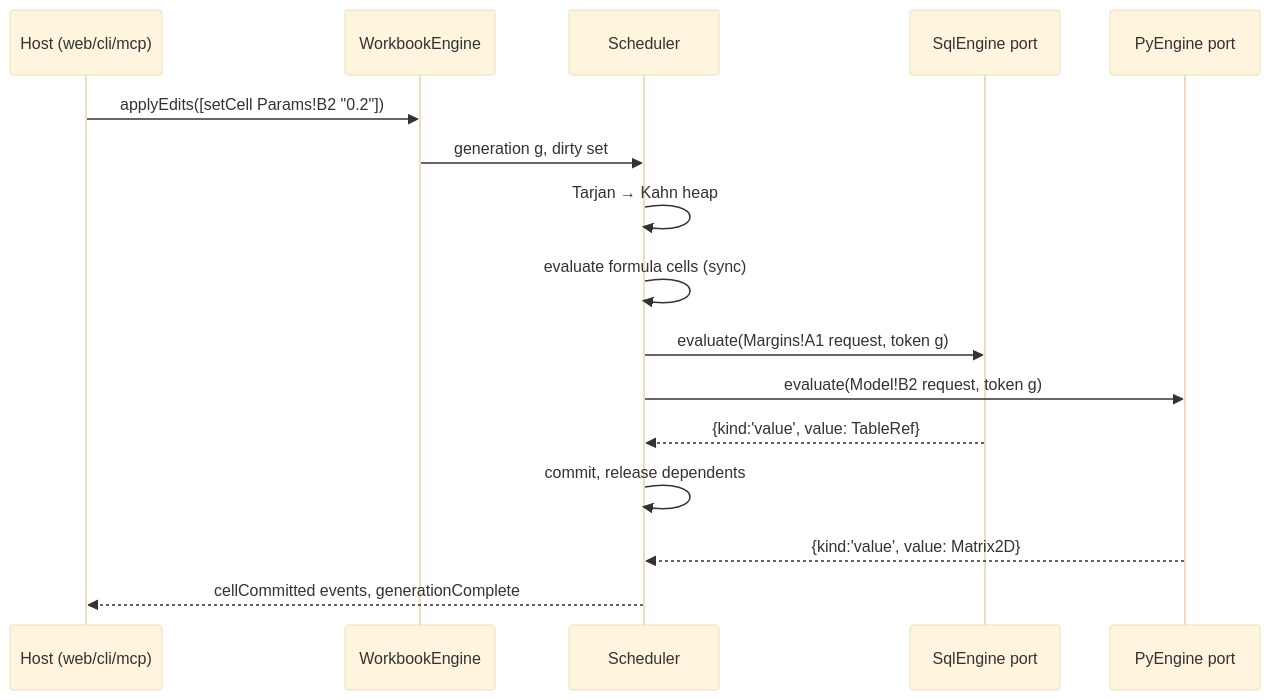
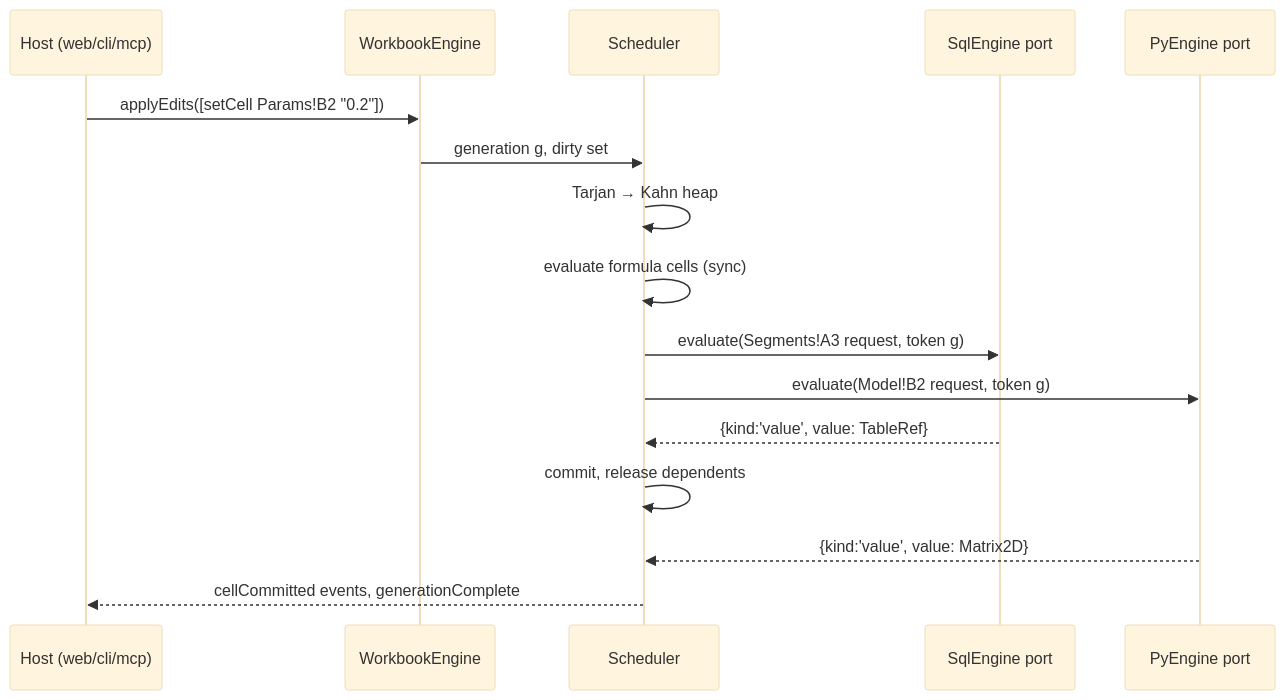
One commit to g4stein/SUTURE changed the fourth of 4 diagrams in .kiro/specs/01-cross-engine-dag/design.md. Above: the diagram before and after it, drawn with Mermaid (base theme). The commit also changed other lines of this file and 10 other files, not shown here.

````diff
--- a/.kiro/specs/01-cross-engine-dag/design.md
+++ b/.kiro/specs/01-cross-engine-dag/design.md
@@ -527,18 +532,18 @@
 ```mermaid
 sequenceDiagram
   participant UI as Host (web/cli/mcp)
   participant WB as WorkbookEngine
   participant S as Scheduler
   participant SQL as SqlEngine port
   participant PY as PyEngine port
   UI->>WB: applyEdits([setCell Params!B2 "0.2"])
   WB->>S: generation g, dirty set
   S->>S: Tarjan → Kahn heap
   S->>S: evaluate formula cells (sync)
-  S->>SQL: evaluate(Margins!A1 request, token g)
+  S->>SQL: evaluate(Segments!A3 request, token g)
   S->>PY: evaluate(Model!B2 request, token g)
   SQL-->>S: {kind:'value', value: TableRef}
   S->>S: commit, release dependents
   PY-->>S: {kind:'value', value: Matrix2D}
   S-->>UI: cellCommitted events, generationComplete
 ```
````
